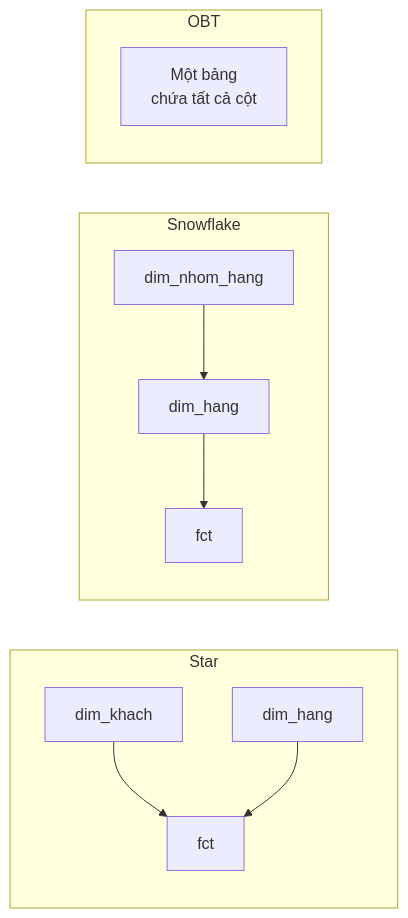
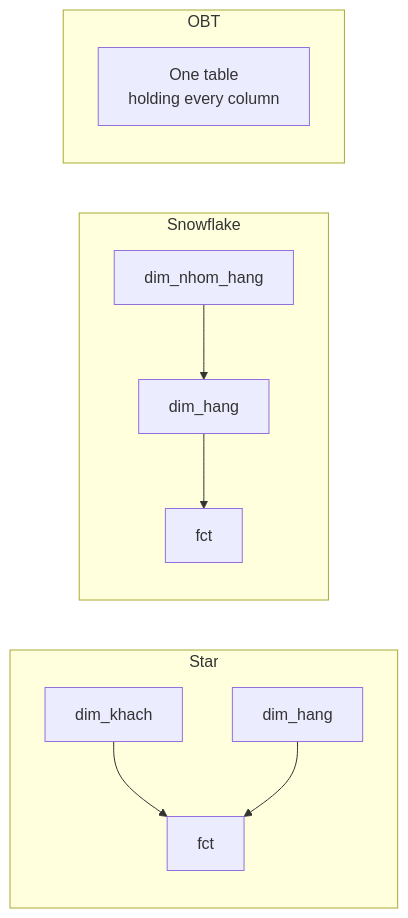
The diagram in i18n/en/docusaurus-plugin-content-docs/current/data-modeling/reference/star-snowflake-obt.md (vuhoang001/knowledge), drawn with Mermaid before and after one commit. The commit also changed other lines of this file and 8 other files, not shown here.

````diff
--- a/i18n/en/docusaurus-plugin-content-docs/current/data-modeling/reference/star-snowflake-obt.md
+++ b/i18n/en/docusaurus-plugin-content-docs/current/data-modeling/reference/star-snowflake-obt.md
@@ -24,14 +23,14 @@
 ```mermaid
 graph LR
   subgraph Star
     D1[dim_khach] --> F1[fct]
     D2[dim_hang] --> F1
   end
   subgraph Snowflake
     D4[dim_nhom_hang] --> D3[dim_hang]
     D3 --> F2[fct]
   end
   subgraph OBT
-    F3[Một bảng<br/>chứa tất cả cột]
+    F3[One table<br/>holding every column]
   end
 ```
````
